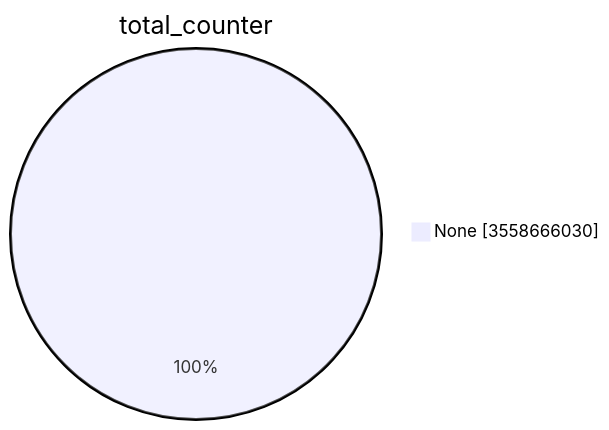
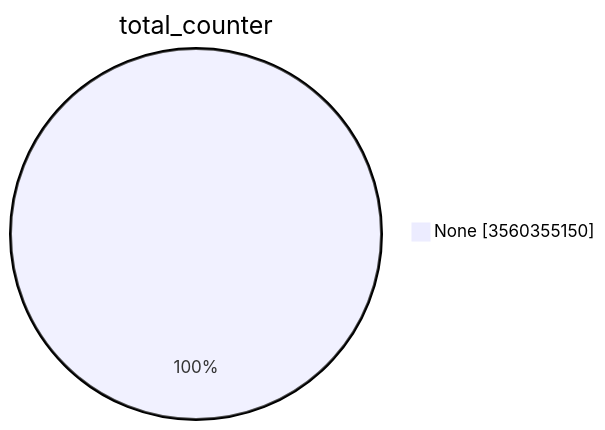
The first of 15 diagrams in TOTAL/README.md (christiankrug/ctmonitor_visualization), drawn with Mermaid before and after one commit. The commit also changed other lines of this file, not shown here.

````diff
--- a/TOTAL/README.md
+++ b/TOTAL/README.md
@@ -1,5 +1,5 @@
 ```mermaid
 pie showData
 title total_counter
-"None" :3558666030
+"None" :3560355150
 ```
````
